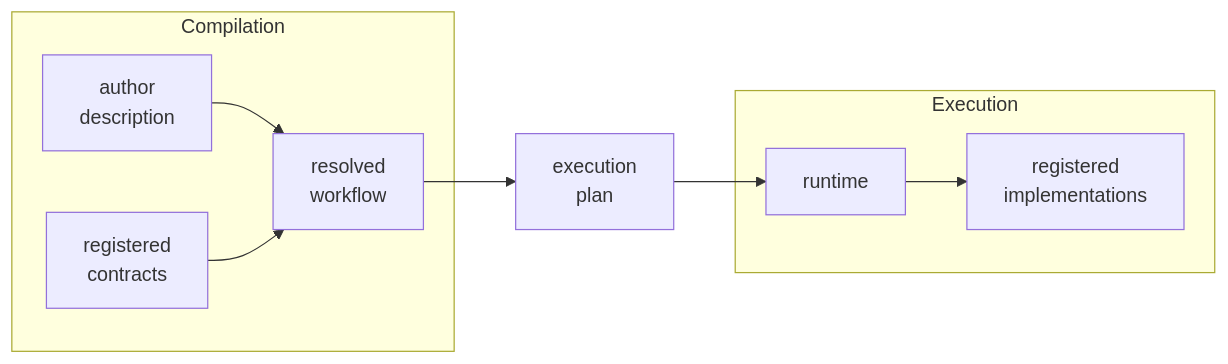
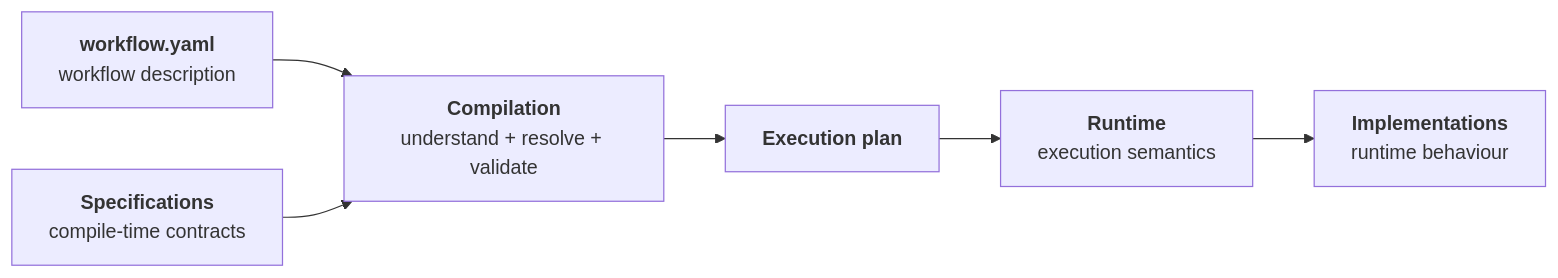
The fifth of 5 diagrams in docs/execution/index.md (FAST-HEP/fasthep-flow), drawn with Mermaid before and after one commit. The commit also changed other lines of this file and 7 other files, not shown here.

````diff
--- a/docs/execution/index.md
+++ b/docs/execution/index.md
@@ -398,22 +432,16 @@
 ```{mermaid}
 flowchart LR
-    subgraph Compile["Compilation"]
-        Author["author<br/>description"]
-        Contracts["registered<br/>contracts"]
-        Workflow["resolved<br/>workflow"]
+    Workflow["<b>workflow.yaml</b><br/>workflow description"]:::input
+    Contracts["<b>Specifications</b><br/>compile-time contracts"]:::flow
 
-        Author --> Workflow
-        Contracts --> Workflow
-    end
+    Compiler["<b>Compilation</b><br/>understand + resolve + validate"]:::flow
+    Plan["<b>Execution plan</b>"]:::plan
 
-    Plan["execution<br/>plan"]
+    Runtime["<b>Runtime</b><br/>execution semantics"]:::runtime
+    Implementations["<b>Implementations</b><br/>runtime behaviour"]:::transform
 
-    subgraph Execute["Execution"]
-        Runtime["runtime"]
-        Implementations["registered<br/>implementations"]
-
-        Runtime --> Implementations
-    end
-
-    Workflow --> Plan --> Runtime
+    Workflow --> Compiler
+    Contracts --> Compiler
+    Compiler --> Plan --> Runtime
+    Runtime --> Implementations
 ```
````
